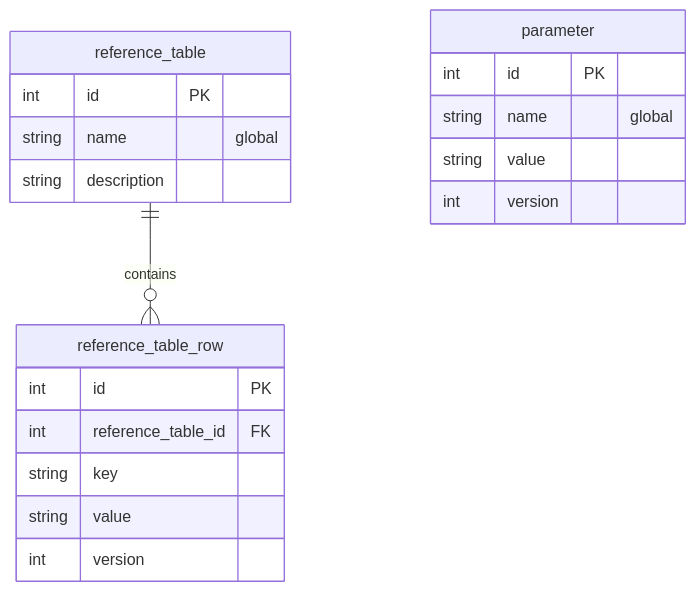
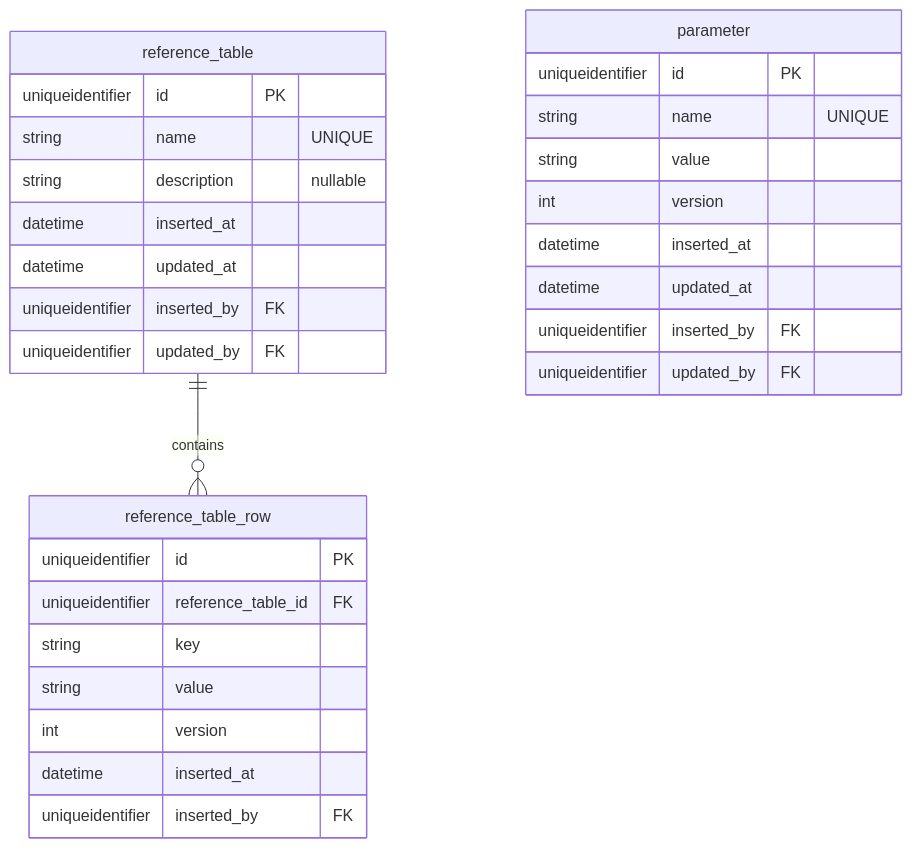
One commit to anilvenugopal/risk-workbench changed diagram 11 of 11 in docs/DATA_MODEL.md. Above: the diagram before and after it, drawn with Mermaid. The commit also changed other lines of this file and 2 other files, not shown here.

````diff
--- a/docs/DATA_MODEL.md
+++ b/docs/DATA_MODEL.md
@@ -376,22 +814,33 @@
 ```mermaid
 erDiagram
   reference_table ||--o{ reference_table_row : contains
+
   reference_table {
-    int id PK
-    string name "global"
-    string description
+    uniqueidentifier id PK
+    string name "UNIQUE"
+    string description "nullable"
+    datetime inserted_at
+    datetime updated_at
+    uniqueidentifier inserted_by FK
+    uniqueidentifier updated_by FK
   }
   reference_table_row {
-    int id PK
-    int reference_table_id FK
+    uniqueidentifier id PK
+    uniqueidentifier reference_table_id FK
     string key
     string value
     int version
+    datetime inserted_at
+    uniqueidentifier inserted_by FK
   }
   parameter {
-    int id PK
-    string name "global"
+    uniqueidentifier id PK
+    string name "UNIQUE"
     string value
     int version
+    datetime inserted_at
+    datetime updated_at
+    uniqueidentifier inserted_by FK
+    uniqueidentifier updated_by FK
   }
 ```
````
